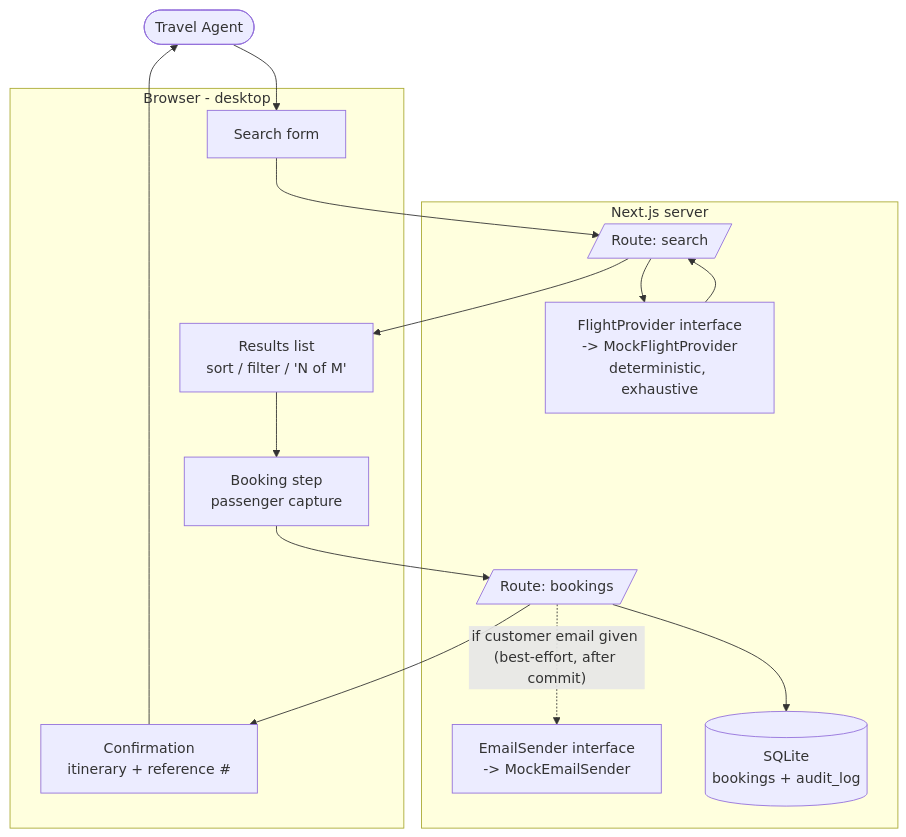
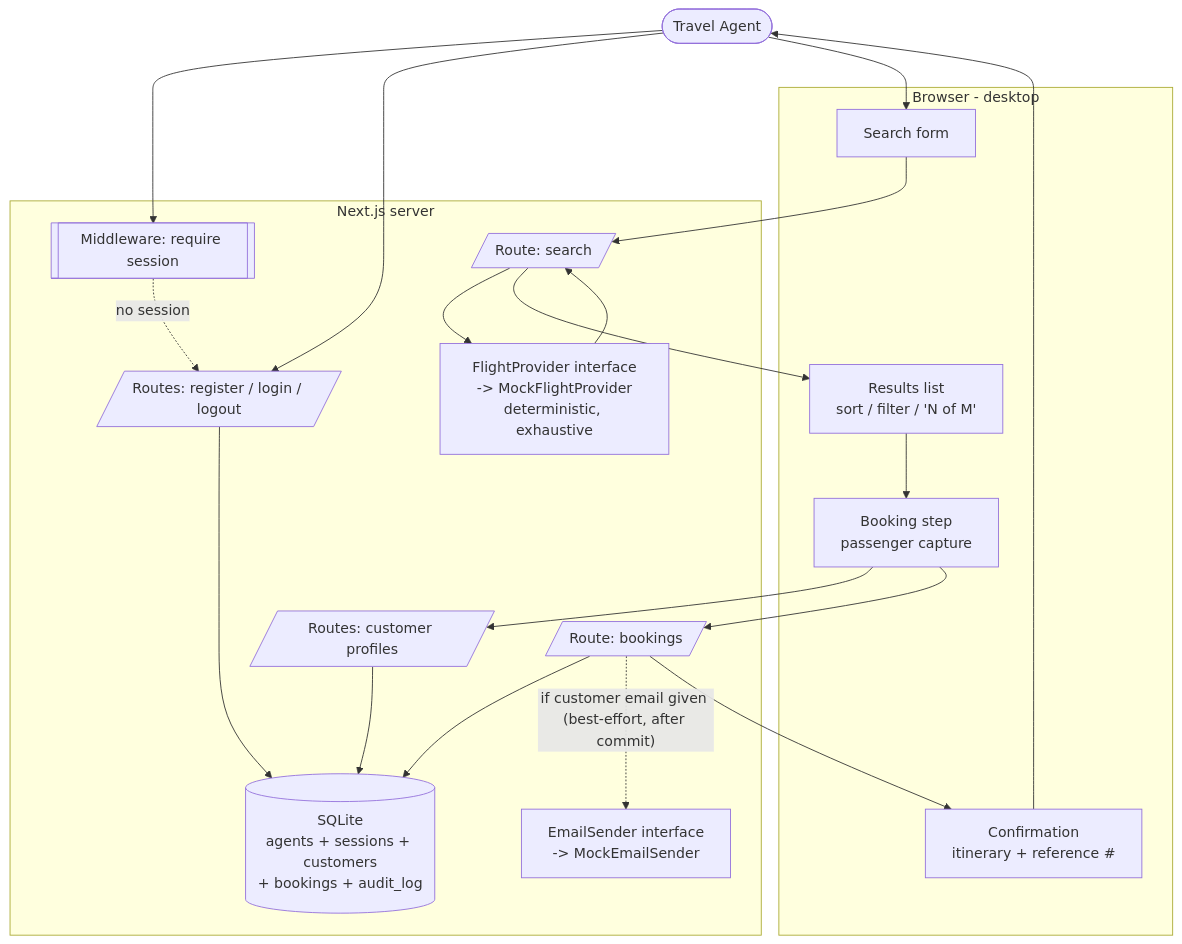
The diagram in docs/high-level-design.md (sebeyza00/travel-agency), drawn with Mermaid before and after one commit. The commit also changed other lines of this file and 43 other files, not shown here.

First line of the commit message:
adding agent authentication with login, sessions, and booking attribution

````diff
--- a/docs/high-level-design.md
+++ b/docs/high-level-design.md
@@ -95,27 +116,35 @@
 ```mermaid
 flowchart TD
     Agent([Travel Agent])
 
     subgraph Client [Browser - desktop]
         SearchForm[Search form]
         Results[Results list\nsort / filter / 'N of M']
         BookingForm[Booking step\npassenger capture]
         Confirmation[Confirmation\nitinerary + reference #]
     end
 
     subgraph Server [Next.js server]
+        Mw[[Middleware: require session]]
+        AuthAPI[/Routes: register / login / logout/]
+        ProfilesAPI[/Routes: customer profiles/]
         SearchAPI[/Route: search/]
         BookingAPI[/Route: bookings/]
         Provider[FlightProvider interface\n-> MockFlightProvider\ndeterministic, exhaustive]
         Email[EmailSender interface\n-> MockEmailSender]
-        DB[(SQLite\nbookings + audit_log)]
+        DB[(SQLite\nagents + sessions + customers\n+ bookings + audit_log)]
     end
 
+    Agent --> Mw
+    Agent --> AuthAPI --> DB
+    Mw -. "no session" .-> AuthAPI
     Agent --> SearchForm --> SearchAPI --> Provider
     Provider --> SearchAPI --> Results
-    Results --> BookingForm --> BookingAPI
+    Results --> BookingForm --> ProfilesAPI
+    ProfilesAPI --> DB
+    BookingForm --> BookingAPI
     BookingAPI --> DB
     BookingAPI -.->|"if customer email given (best-effort, after commit)"| Email
     BookingAPI --> Confirmation
     Confirmation --> Agent
 ```
````
